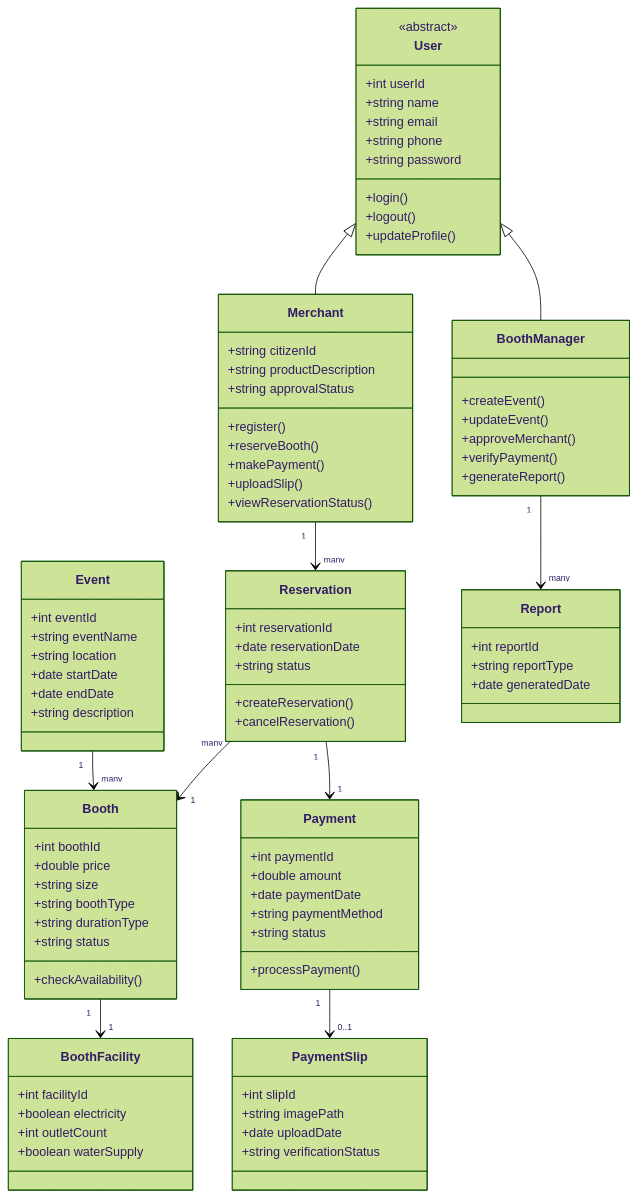
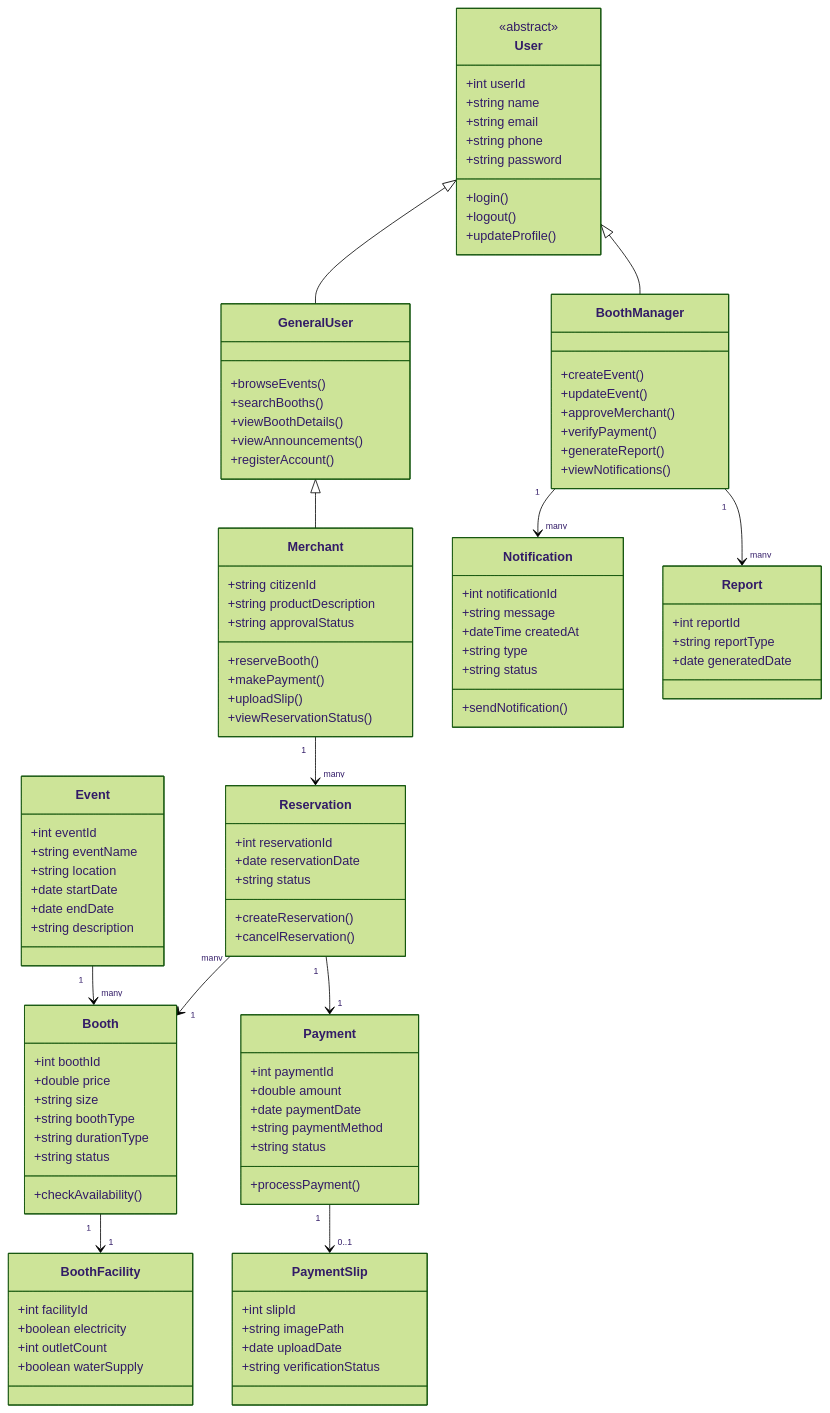
The fourth of 4 diagrams in designs/Aaaaaaa_D1_Design.md (kkaovsp/2025-ITCS383-Aaaaaaa), drawn with Mermaid (forest theme) before and after one commit.

Commit message:
Update Notification to Class diagram

````diff
--- a/designs/Aaaaaaa_D1_Design.md
+++ b/designs/Aaaaaaa_D1_Design.md
@@ -284,7 +284,7 @@
 ```mermaid
 classDiagram
 
-%% Base User, Inheritance
+%% Base User
 
 class User {
   <<abstract>>
@@ -298,20 +298,29 @@
   +updateProfile()
 }
 
-%% Merchant (Verified User)
+%% General User
+
+class GeneralUser {
+  +browseEvents()
+  +searchBooths()
+  +viewBoothDetails()
+  +viewAnnouncements()
+  +registerAccount()
+}
+
+%% Merchant
 
 class Merchant {
   +string citizenId
   +string productDescription
   +string approvalStatus
-  +register()
   +reserveBooth()
   +makePayment()
   +uploadSlip()
   +viewReservationStatus()
 }
 
-%% Booth Manager (Staff)
+%% Booth Manager
 
 class BoothManager {
   +createEvent()
@@ -319,9 +328,13 @@
   +approveMerchant()
   +verifyPayment()
   +generateReport()
+  +viewNotifications()
 }
 
-User <|-- Merchant
+%% Inheritance
+
+User <|-- GeneralUser
+GeneralUser <|-- Merchant
 User <|-- BoothManager
 
 %% Event & Booth
@@ -386,6 +399,19 @@
 Reservation "1" --> "1" Payment
 Payment "1" --> "0..1" PaymentSlip
 
+%% Notification System
+
+class Notification {
+  +int notificationId
+  +string message
+  +dateTime createdAt
+  +string type
+  +string status
+  +sendNotification()
+}
+
+BoothManager "1" --> "many" Notification
+
 %% Reporting
 
 class Report {
````
